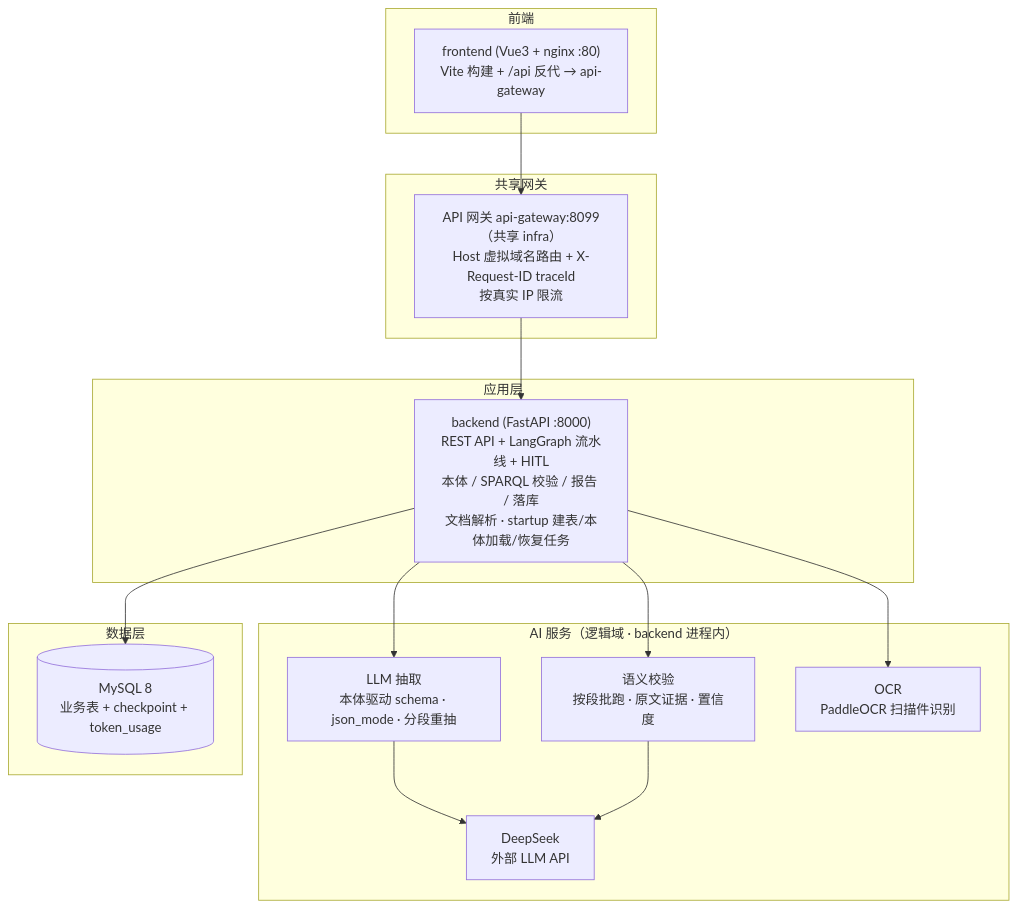
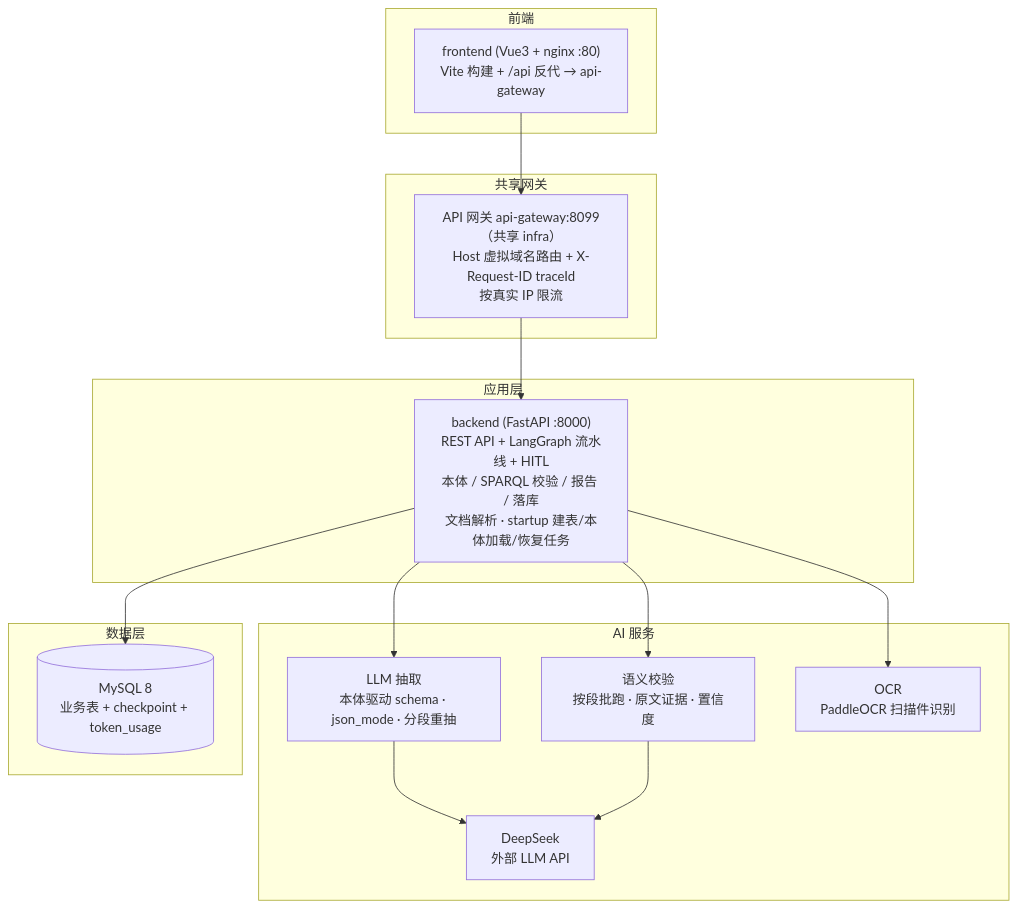
The diagram in README.md (zhanggy1984/contract-check), drawn with Mermaid before and after one commit.

Commit message:
docs: README 架构图 subgraph 标题精简

````diff
--- a/README.md
+++ b/README.md
@@ -121,30 +121,30 @@
 ```mermaid
 graph TB
     subgraph 前端
         FE["frontend (Vue3 + nginx :80)<br/>Vite 构建 + /api 反代 → api-gateway"]
     end
     subgraph 共享网关
         GATEWAY["API 网关 api-gateway:8099（共享 infra）<br/>Host 虚拟域名路由 + X-Request-ID traceId<br/>按真实 IP 限流"]
     end
     subgraph 应用层
         API["backend (FastAPI :8000)<br/>REST API + LangGraph 流水线 + HITL<br/>本体 / SPARQL 校验 / 报告 / 落库<br/>文档解析 · startup 建表/本体加载/恢复任务"]
     end
-    subgraph "AI 服务（逻辑域 · backend 进程内）"
+    subgraph "AI 服务"
         EX["LLM 抽取<br/>本体驱动 schema · json_mode · 分段重抽"]
         SE["语义校验<br/>按段批跑 · 原文证据 · 置信度"]
         OC["OCR<br/>PaddleOCR 扫描件识别"]
         DS["DeepSeek<br/>外部 LLM API"]
     end
     subgraph 数据层
         MYSQL[(MySQL 8<br/>业务表 + checkpoint + token_usage)]
     end
 
     FE --> GATEWAY
     GATEWAY --> API
     API --> MYSQL
     API --> EX
     API --> SE
     API --> OC
     EX --> DS
     SE --> DS
 ```
````
